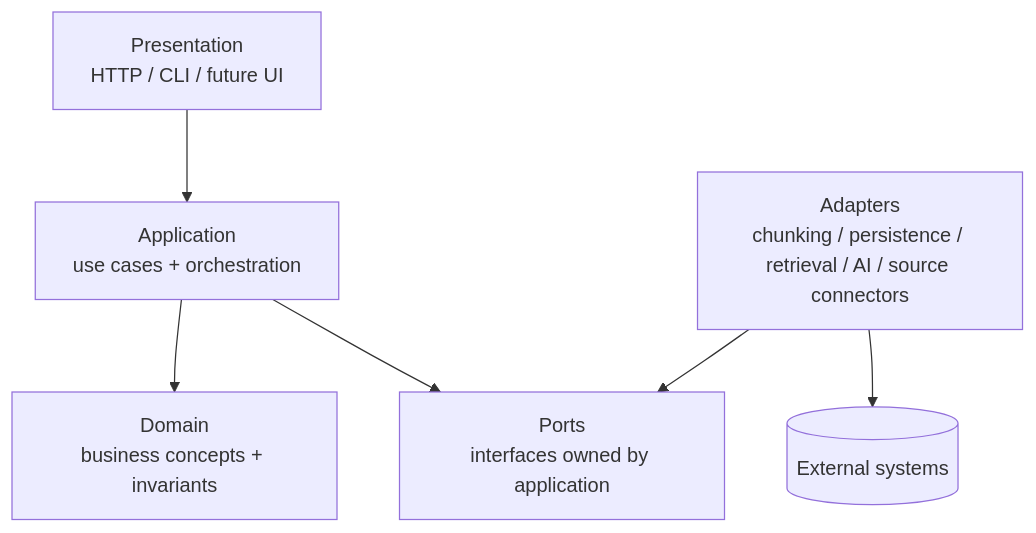
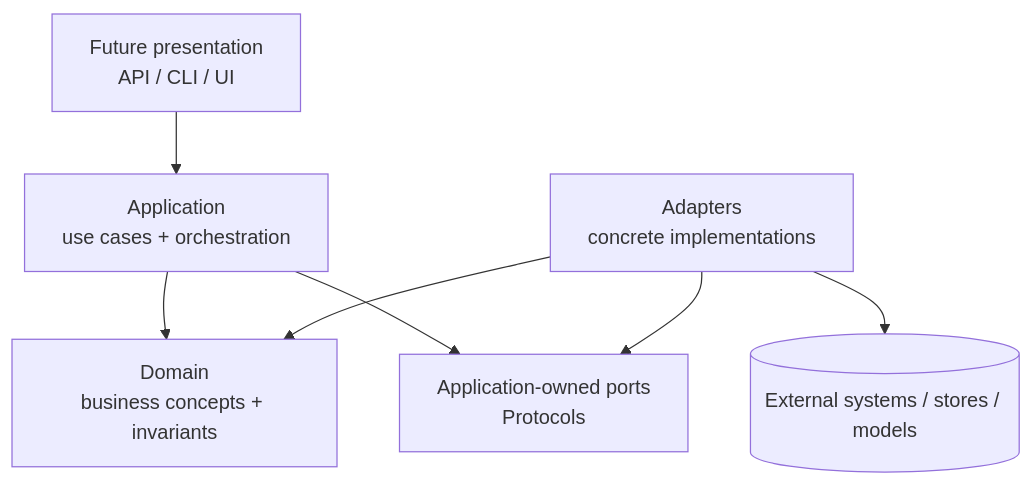
Before and after one commit to kumarchandansingh/tropos: the first of 7 diagrams in docs/architecture/ARCHITECTURE_OVERVIEW.md, drawn with Mermaid. The commit also changed other lines of this file and 13 other files, not shown here.

Commit message:
docs: rebuild Tropos living architecture

````diff
--- a/docs/architecture/ARCHITECTURE_OVERVIEW.md
+++ b/docs/architecture/ARCHITECTURE_OVERVIEW.md
@@ -15,15 +11,16 @@
 ```mermaid
 flowchart TB
-    P[Presentation<br/>HTTP / CLI / future UI]
-    A[Application<br/>use cases + orchestration]
-    D[Domain<br/>business concepts + invariants]
-    Ports[Ports<br/>interfaces owned by application]
-    Adapters[Adapters<br/>chunking / persistence / retrieval / AI / source connectors]
-    External[(External systems)]
+    Presentation[Future presentation<br/>API / CLI / UI]
+    Application[Application<br/>use cases + orchestration]
+    Domain[Domain<br/>business concepts + invariants]
+    Ports[Application-owned ports<br/>Protocols]
+    Adapters[Adapters<br/>concrete implementations]
+    External[(External systems / stores / models)]
 
-    P --> A
-    A --> D
-    A --> Ports
+    Presentation --> Application
+    Application --> Domain
+    Application --> Ports
+    Adapters --> Domain
     Adapters --> Ports
     Adapters --> External
 ```
````
